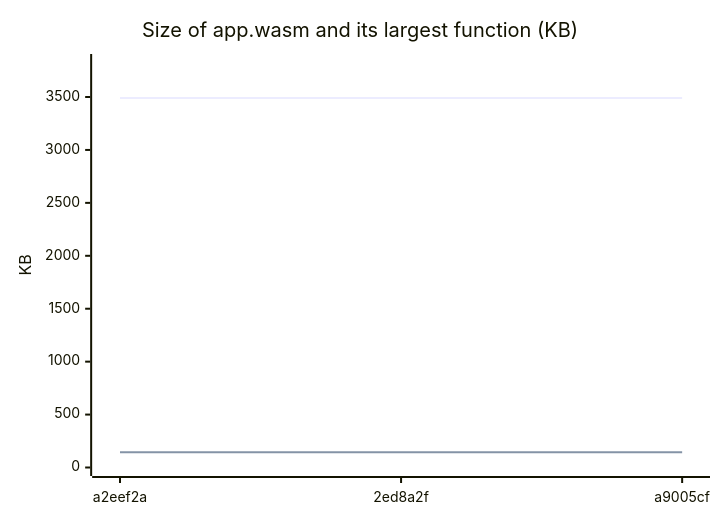
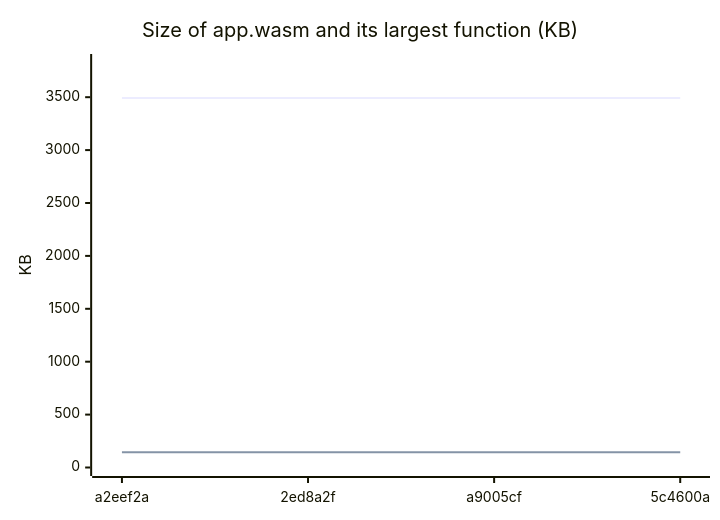
One commit to Karakatiza666/roc-cloudflare-workers changed the sixth of 7 diagrams in CHART.md. Above: the diagram before and after it, drawn with Mermaid. The commit also changed other lines of this file and 2 other files, not shown here.

````diff
--- a/CHART.md
+++ b/CHART.md
@@ -86,8 +86,8 @@
 ```mermaid
 xychart-beta
     title "Size of app.wasm and its largest function (KB)"
-    x-axis ["a2eef2a", "2ed8a2f", "a9005cf"]
-    y-axis "KB" 0 --> 3826.1
-    line [3491.5, 3491.5, 3491.5]
-    line [144.61, 144.61, 144.61]
+    x-axis ["a2eef2a", "2ed8a2f", "a9005cf", "5c4600a"]
+    y-axis "KB" 0 --> 3827.9
+    line [3491.5, 3491.5, 3491.5, 3493.1]
+    line [144.61, 144.61, 144.61, 144.61]
 ```
````
